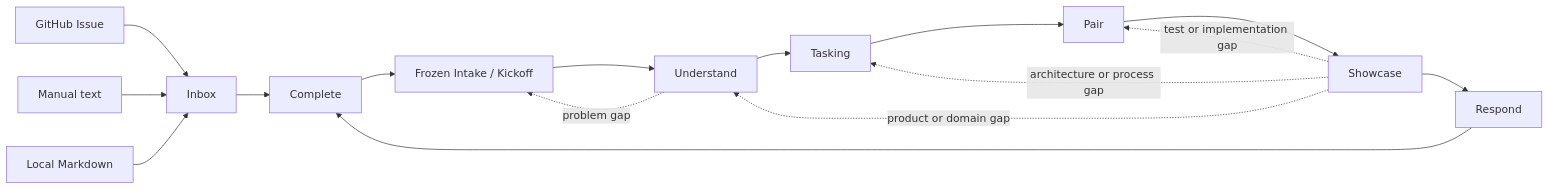
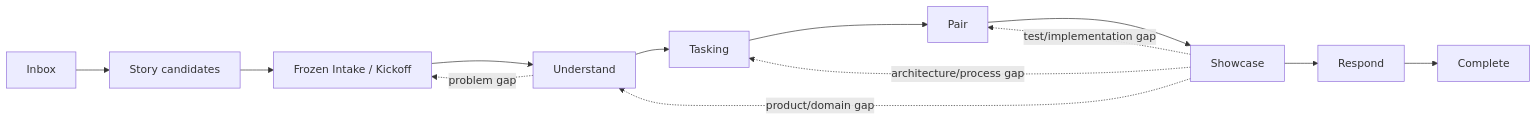
Before and after one commit to JayClock/Evidence: the diagram in README.md, drawn with Mermaid. The commit also changed other lines of this file and 1 other file, not shown here.

````diff
--- a/README.md
+++ b/README.md
@@ -143,19 +156,16 @@
 ```mermaid
 flowchart LR
-  G[GitHub Issue] --> I[Inbox]
-  M[Manual text] --> I
-  F[Local Markdown] --> I
-  I --> C[Story candidates]
+  I[Inbox] --> C[Story candidates]
   C --> K[Frozen Intake / Kickoff]
   K --> U[Understand]
   U --> T[Tasking]
   T --> P[Pair]
   P --> S[Showcase]
   S --> R[Respond]
-  R --> C[Complete]
+  R --> D[Complete]
 
-  S -. product or domain gap .-> U
-  S -. architecture or process gap .-> T
-  S -. test or implementation gap .-> P
+  S -. product/domain gap .-> U
+  S -. architecture/process gap .-> T
+  S -. test/implementation gap .-> P
   U -. problem gap .-> K
 ```
````
